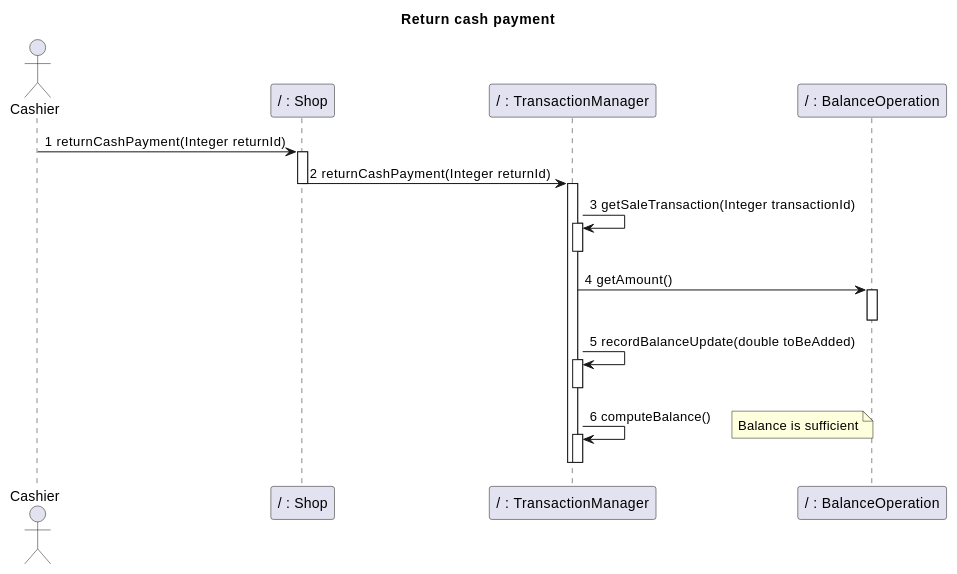
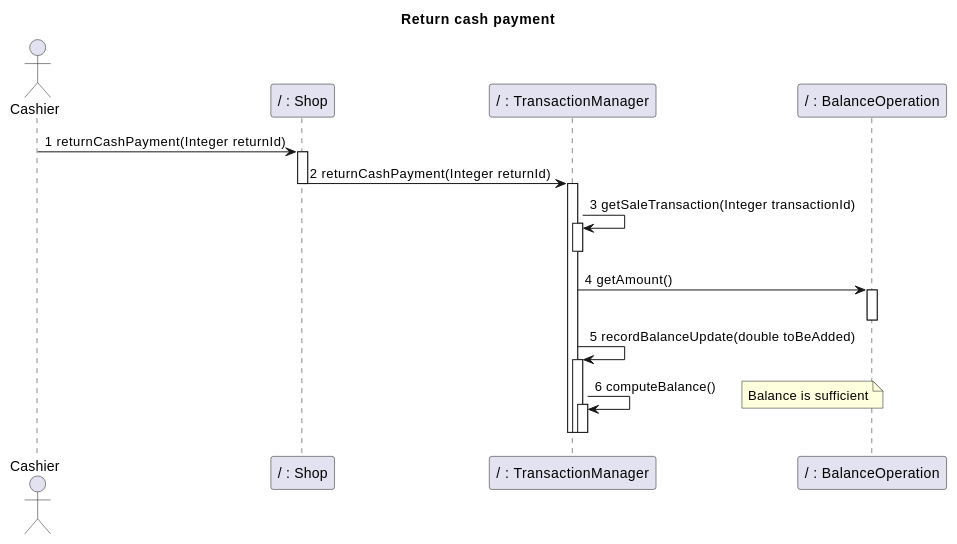
One commit to nicolabattaglino/ezshop changed diagram 32 of 32 in Deliverables/DesignDocument.md. Above: the diagram before and after it, drawn with PlantUML. The commit also changed other lines of this file, not shown here.

````diff
--- a/Deliverables/DesignDocument.md
+++ b/Deliverables/DesignDocument.md
@@ -1533,33 +1541,33 @@
 ```plantuml
 @startuml
 
 title
 Return  cash payment
 end title
 
 
 actor Cashier
 participant "/ : Shop" as Shop
 participant "/ : TransactionManager" as TransactionManager
 participant "/ : BalanceOperation" as BalanceOperation
 Cashier -> Shop :1 returnCashPayment(Integer returnId)
 activate Shop
 Shop -> TransactionManager:2 returnCashPayment(Integer returnId)
 deactivate Shop
 activate TransactionManager
 TransactionManager-> TransactionManager:3 getSaleTransaction(Integer transactionId)
 activate TransactionManager
 deactivate TransactionManager
 TransactionManager-> BalanceOperation:4 getAmount()
 activate BalanceOperation
 deactivate BalanceOperation
 TransactionManager -> TransactionManager:5 recordBalanceUpdate(double toBeAdded)
 activate TransactionManager
-deactivate TransactionManager
 TransactionManager -> TransactionManager:6 computeBalance()
 activate TransactionManager
+deactivate TransactionManager
 deactivate TransactionManager
 note right: Balance is sufficient
 deactivate TransactionManager
 @enduml
 ```
````
